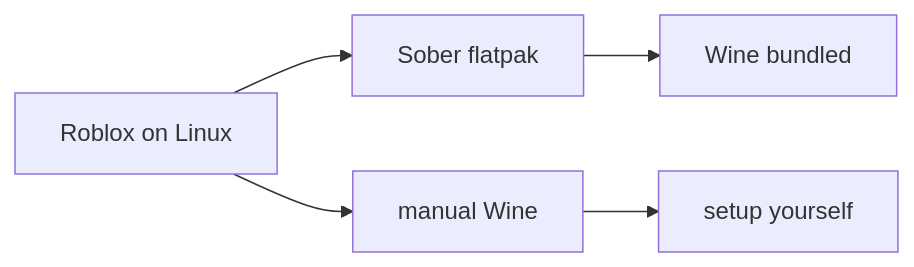
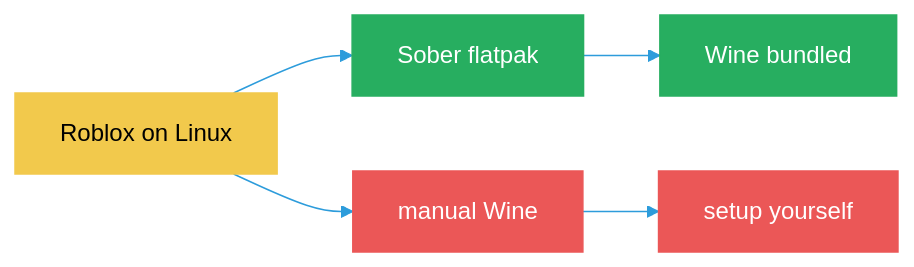
The fifth of 5 diagrams in Graphs/Gaming-Diagrams.md (444Nazky/My-Vault), drawn with Mermaid before and after one commit. The commit also changed other lines of this file and 15 other files, not shown here.

````diff
--- a/Graphs/Gaming-Diagrams.md
+++ b/Graphs/Gaming-Diagrams.md
@@ -63,7 +82,13 @@
 ```mermaid
+%%{init: {'theme': 'default', 'themeVariables': { 'primaryColor': '#2D9CDB', 'lineColor': '#2D9CDB'}}}%%
 graph LR
  WANT["Roblox on Linux"] --> SOBER["Sober flatpak"]
  WANT --> WINE["manual Wine"]
  SOBER --> EASY["Wine bundled"]
  WINE --> HARD["setup yourself"]
+ style WANT fill:#F2C94C,stroke:#F2C94C,color:#000
+ style SOBER fill:#27AE60,stroke:#27AE60,color:#fff
+ style EASY fill:#27AE60,stroke:#27AE60,color:#fff
+ style WINE fill:#EB5757,stroke:#EB5757,color:#fff
+ style HARD fill:#EB5757,stroke:#EB5757,color:#fff
 ```
````
